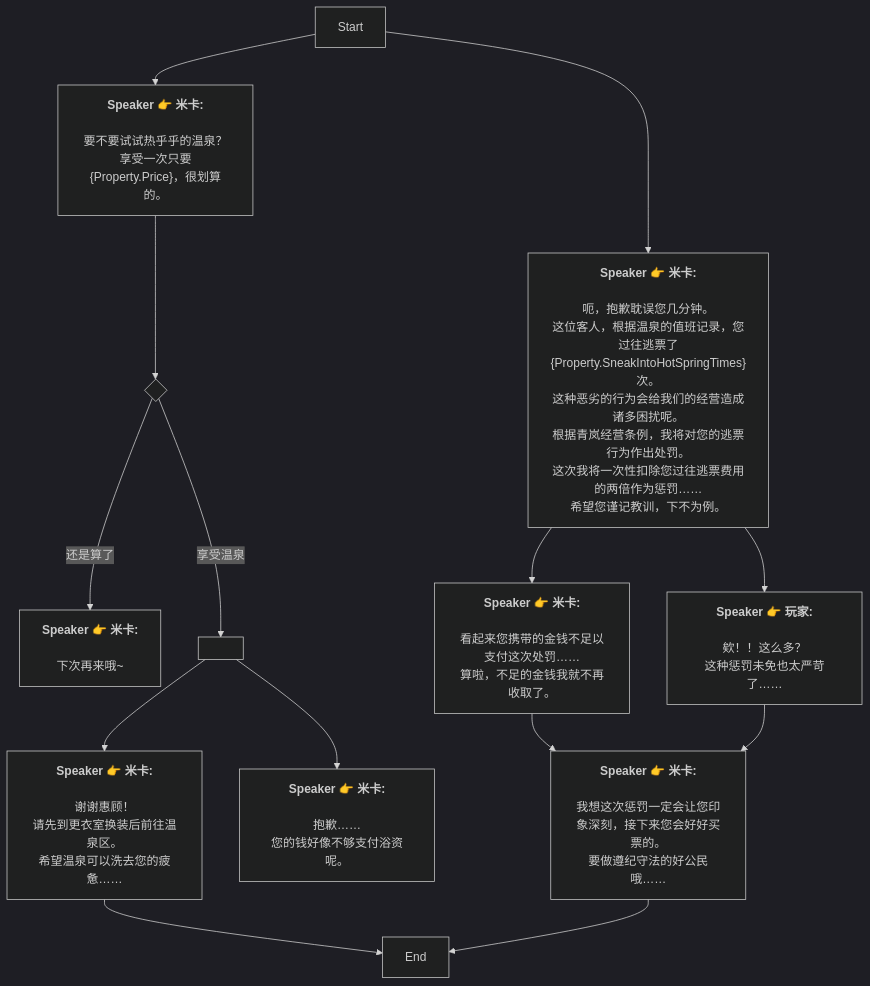
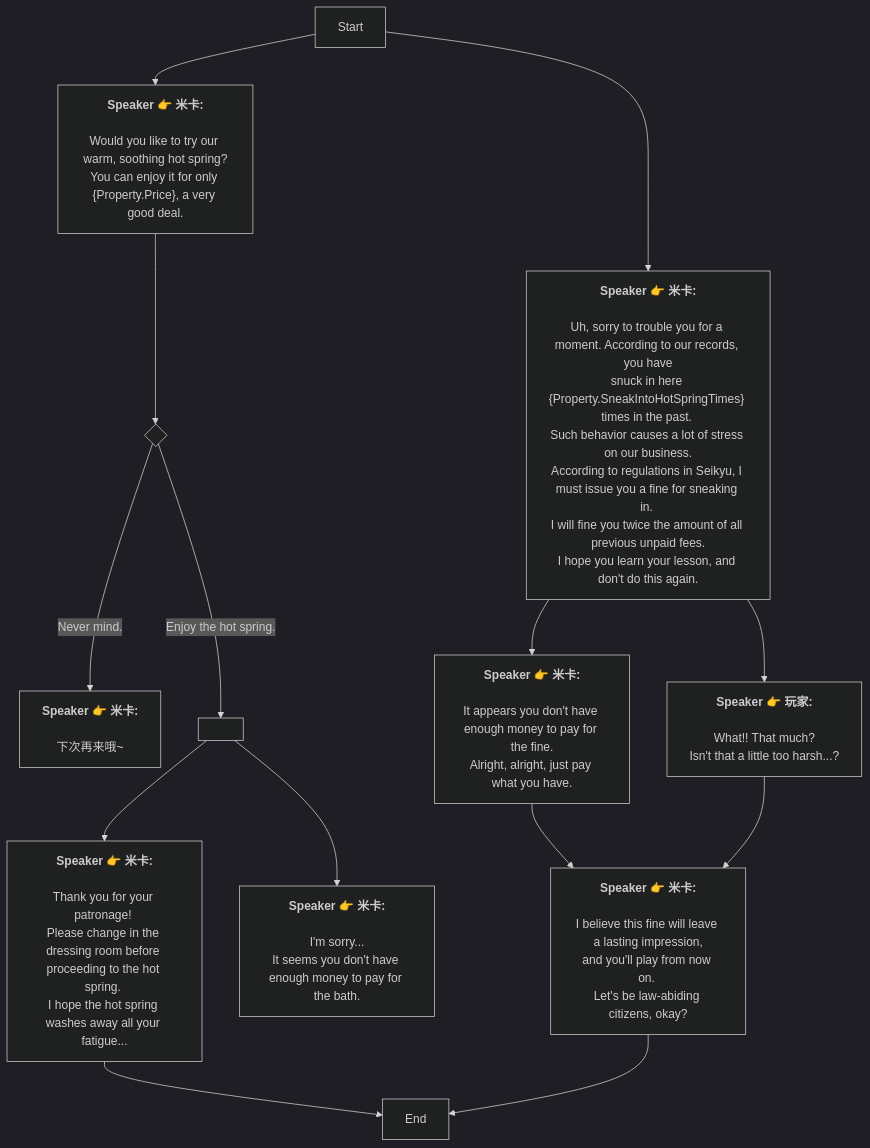
The diagram in Zh/HotSpringHouse.md (SoftHu/tos_avg), drawn with Mermaid (dark theme) before and after one commit. The commit also changed 312 other files, not shown here.

````diff
--- a/Zh/HotSpringHouse.md
+++ b/Zh/HotSpringHouse.md
@@ -1,48 +1,50 @@
 ```mermaid
 graph
 Start -->1766332311608065[<b>Speaker 👉 米卡:</b>
 
-要不要试试热乎乎的温泉？
-享受一次只要&lbrace;Property.Price&rbrace;，很划算的。]
+Would you like to try our warm, soothing hot spring?
+You can enjoy it for only &lbrace;Property.Price&rbrace;, a very good deal.]
 Start -->1767303935431540[<b>Speaker 👉 米卡:</b>
 
-呃，抱歉耽误您几分钟。
-这位客人，根据温泉的值班记录，您过往逃票了&lbrace;Property.SneakIntoHotSpringTimes&rbrace;次。
-这种恶劣的行为会给我们的经营造成诸多困扰呢。
-根据青岚经营条例，我将对您的逃票行为作出处罚。
-这次我将一次性扣除您过往逃票费用的两倍作为惩罚……
-希望您谨记教训，下不为例。]
+Uh, sorry to trouble you for a moment. According to our records, you have
+snuck in here &lbrace;Property.SneakIntoHotSpringTimes&rbrace; times in the past. 
+Such behavior causes a lot of stress on our business.
+According to regulations in Seikyu, I must issue you a fine for sneaking in. 
+I will fine you twice the amount of all previous unpaid fees.
+I hope you learn your lesson, and don't do this again.]
 1766332311608065 -->1766332424646402{ }
-1766332424646402 -->|还是算了|1766332464329479[<b>Speaker 👉 米卡:</b>
+1766332424646402 -->|Never mind.|1766332464329479[<b>Speaker 👉 米卡:</b>
 
 下次再来哦~]
-1766332424646402 -->|享受温泉|1767448601822069[ ]
+1766332424646402 -->|Enjoy the hot spring.|1767448601822069[ ]
 1767448601822069 -->1766336570455822[<b>Speaker 👉 米卡:</b>
 
-谢谢惠顾！
-请先到更衣室换装后前往温泉区。
-希望温泉可以洗去您的疲惫……]
+Thank you for your patronage! 
+Please change in the dressing room before proceeding to the hot spring. 
+I hope the hot spring washes away all your fatigue...]
 1767448601822069 -->1766336717079312[<b>Speaker 👉 米卡:</b>
 
-抱歉……
-您的钱好像不够支付浴资呢。]
+I'm sorry...
+It seems you don't have enough money to pay for the bath.]
 1766336570455822 -->1766336935867153[End]
 1767303935431540 -->1767306465960822[<b>Speaker 👉 米卡:</b>
 
-看起来您携带的金钱不足以支付这次处罚……
-算啦，不足的金钱我就不再收取了。]
+It appears you don't have enough money to pay for the fine.
+Alright, alright, just pay what you have.]
 1767303935431540 -->1767306336520052[<b>Speaker 👉 玩家:</b>
 
-欸！！这么多？
-这种惩罚未免也太严苛了……]
+What!! That much?
+Isn't that a little too harsh...?]
 1767306465960822 -->1767306383012725[<b>Speaker 👉 米卡:</b>
 
-我想这次惩罚一定会让您印象深刻，接下来您会好好买票的。
-要做遵纪守法的好公民哦……]
+I believe this fine will leave a lasting impression,
+and you'll play from now on. 
+Let's be law-abiding citizens, okay?]
 1767306383012725 -->1766336935867153[End]
 1767306336520052 -->1767306383012725[<b>Speaker 👉 米卡:</b>
 
-我想这次惩罚一定会让您印象深刻，接下来您会好好买票的。
-要做遵纪守法的好公民哦……]
+I believe this fine will leave a lasting impression,
+and you'll play from now on. 
+Let's be law-abiding citizens, okay?]
 
  ```
````
